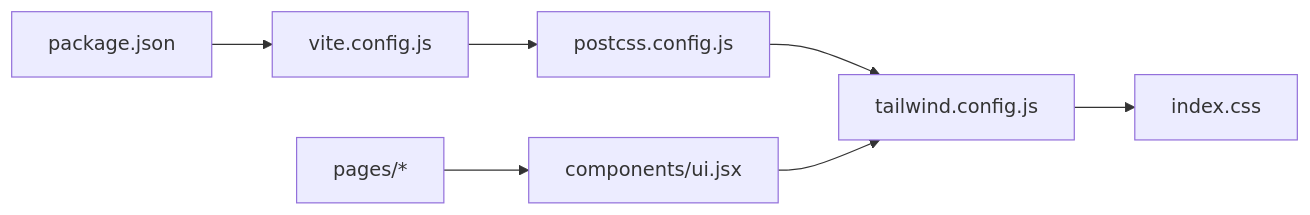
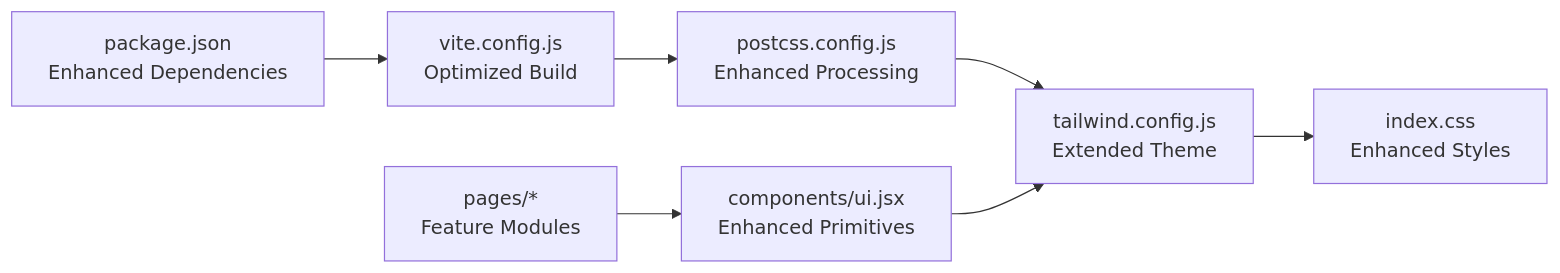
One commit to 14Lucifer/hackathon_ecs_creator changed the third of 3 diagrams in .qoder/repowiki/en/content/Frontend Development/UI Component Library.md. Above: the diagram before and after it, drawn with Mermaid. The commit also changed other lines of this file and 120 other files, not shown here.

````diff
--- a/.qoder/repowiki/en/content/Frontend Development/UI Component Library.md
+++ b/.qoder/repowiki/en/content/Frontend Development/UI Component Library.md
@@ -324,16 +409,16 @@
 ```mermaid
 graph LR
-Pkg["package.json"]
-Vite["vite.config.js"]
-PostCSS["postcss.config.js"]
-Tailwind["tailwind.config.js"]
-Styles["index.css"]
-UI["components/ui.jsx"]
-Pages["pages/*"]
+Pkg["package.json<br/>Enhanced Dependencies"]
+Vite["vite.config.js<br/>Optimized Build"]
+PostCSS["postcss.config.js<br/>Enhanced Processing"]
+Tailwind["tailwind.config.js<br/>Extended Theme"]
+Styles["index.css<br/>Enhanced Styles"]
+UI["components/ui.jsx<br/>Enhanced Primitives"]
+Pages["pages/*<br/>Feature Modules"]
 Pkg --> Vite
 Vite --> PostCSS
 PostCSS --> Tailwind
 Tailwind --> Styles
 Pages --> UI
 UI --> Tailwind
 ```
````
